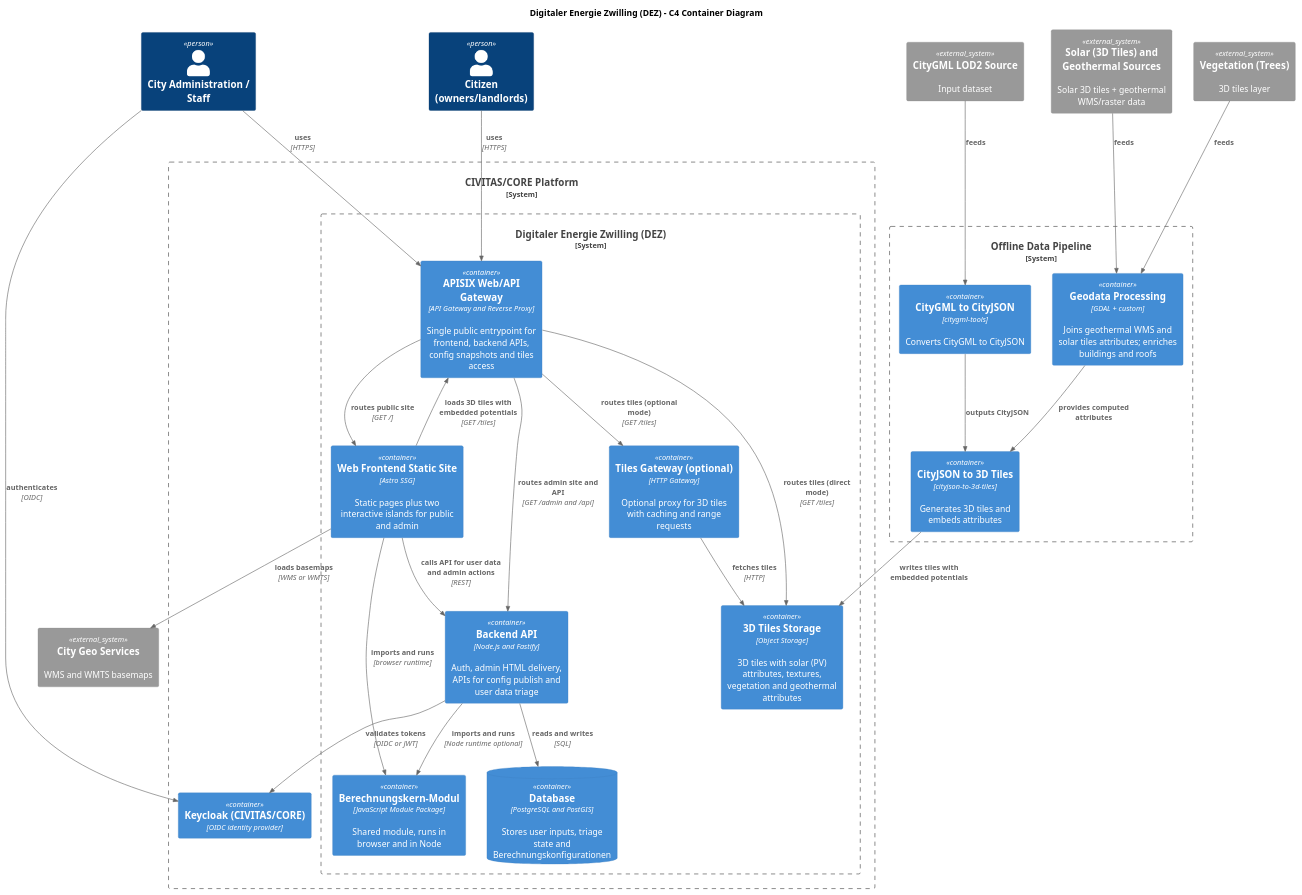
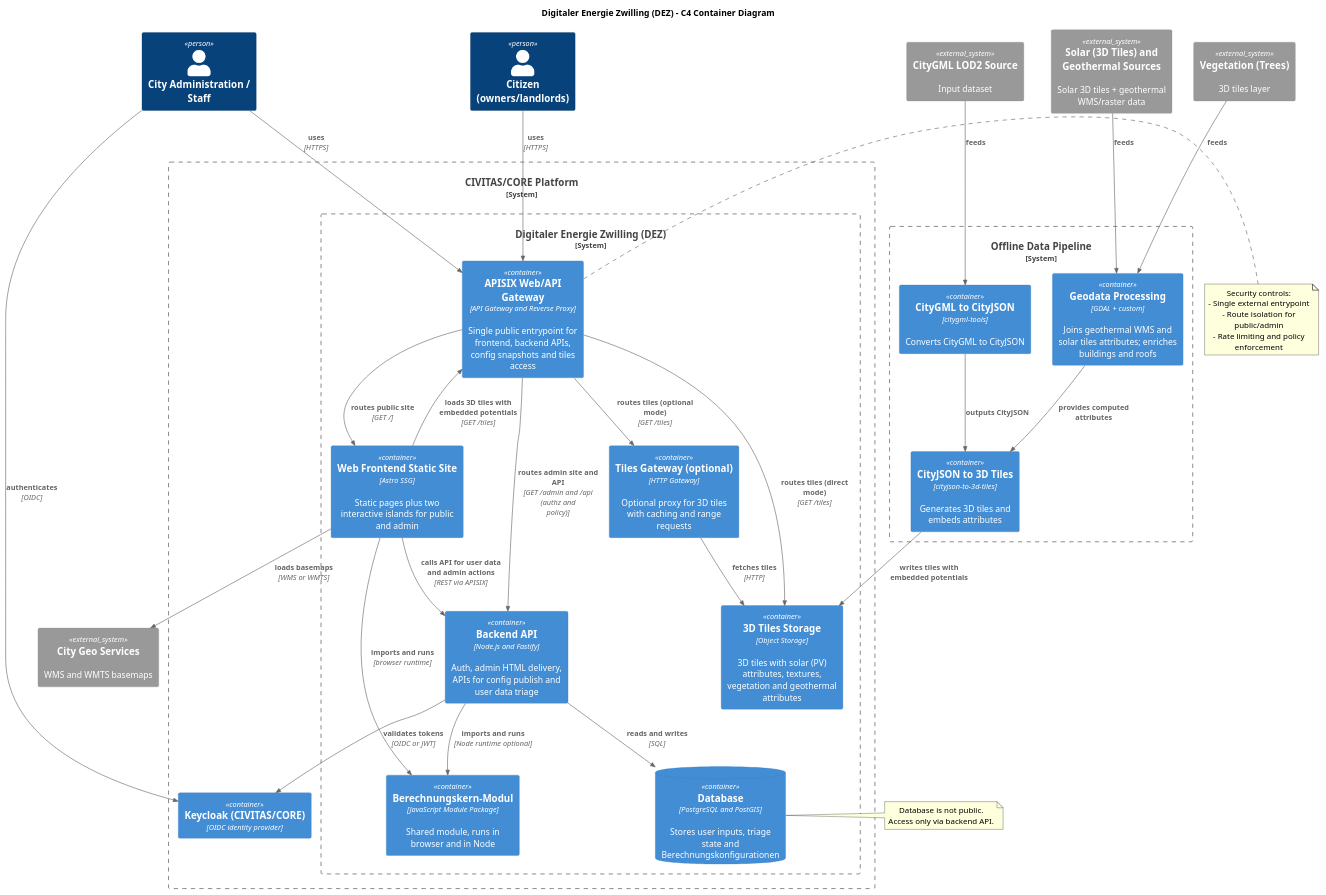
The diagram in docs/architecture/raw/c4-container.puml (csi-FOXBYTE/Regensburg_DigitalerEnergieZwilling_Backend), drawn with PlantUML before and after one commit. The commit also changed 21 other files, not shown here.

Commit message:
add security by design to architecture docs

```diff
--- a/docs/architecture/raw/c4-container.puml
+++ b/docs/architecture/raw/c4-container.puml
@@ -1,68 +1,80 @@
 @startuml
 !includeurl https://raw.githubusercontent.com/plantuml-stdlib/C4-PlantUML/master/C4_Container.puml
 
 title Digitaler Energie Zwilling (DEZ) - C4 Container Diagram
 
 Person(citizen, "Citizen (owners/landlords)")
 Person(admin, "City Administration / Staff")
 
 System_Boundary(civitas, "CIVITAS/CORE Platform") {
   System_Boundary(det, "Digitaler Energie Zwilling (DEZ)") {
 
     Container(gateway, "APISIX Web/API Gateway", "API Gateway and Reverse Proxy", "Single public entrypoint for frontend, backend APIs, config snapshots and tiles access")
 
     Container(frontend, "Web Frontend Static Site", "Astro SSG", "Static pages plus two interactive islands for public and admin")
 
     Container(backend, "Backend API", "Node.js and Fastify", "Auth, admin HTML delivery, APIs for config publish and user data triage")
 
     Container(calcCore, "Berechnungskern-Modul", "JavaScript Module Package", "Shared module, runs in browser and in Node")
 
     Container(tilesGw, "Tiles Gateway (optional)", "HTTP Gateway", "Optional proxy for 3D tiles with caching and range requests")
     Container(tilesStore, "3D Tiles Storage", "Object Storage", "3D tiles with solar (PV) attributes, textures, vegetation and geothermal attributes")
 
     ContainerDb(db, "Database", "PostgreSQL and PostGIS", "Stores user inputs, triage state and Berechnungskonfigurationen")
   }
 
   Container(idp, "Keycloak (CIVITAS/CORE)", "OIDC identity provider")
 }
 System_Ext(geo, "City Geo Services", "WMS and WMTS basemaps")
 
 System_Ext(citygml, "CityGML LOD2 Source", "Input dataset")
 System_Ext(potentials, "Solar (3D Tiles) and Geothermal Sources", "Solar 3D tiles + geothermal WMS/raster data")
 System_Ext(vegetation, "Vegetation (Trees)", "3D tiles layer")
 
 System_Boundary(pipeline, "Offline Data Pipeline") {
   Container(citygmlTools, "CityGML to CityJSON", "citygml-tools", "Converts CityGML to CityJSON")
   Container(gdal, "Geodata Processing", "GDAL + custom", "Joins geothermal WMS and solar tiles attributes; enriches buildings and roofs")
   Container(tilesConv, "CityJSON to 3D Tiles", "cityjson-to-3d-tiles", "Generates 3D tiles and embeds attributes")
 }
 
 Rel(citizen, gateway, "uses", "HTTPS")
 Rel(admin, gateway, "uses", "HTTPS")
 
 Rel(gateway, frontend, "routes public site", "GET /")
-Rel(gateway, backend, "routes admin site and API", "GET /admin and /api")
+Rel(gateway, backend, "routes admin site and API", "GET /admin and /api (authz and policy)")
 Rel(gateway, tilesGw, "routes tiles (optional mode)", "GET /tiles")
 Rel(gateway, tilesStore, "routes tiles (direct mode)", "GET /tiles")
 
 Rel(admin, idp, "authenticates", "OIDC")
 Rel(backend, idp, "validates tokens", "OIDC or JWT")
 
 Rel(frontend, calcCore, "imports and runs", "browser runtime")
 Rel(backend, calcCore, "imports and runs", "Node runtime optional")
 
 Rel(frontend, geo, "loads basemaps", "WMS or WMTS")
 Rel(frontend, gateway, "loads 3D tiles with embedded potentials", "GET /tiles")
 Rel(tilesGw, tilesStore, "fetches tiles", "HTTP")
 
 Rel(backend, db, "reads and writes", "SQL")
-Rel(frontend, backend, "calls API for user data and admin actions", "REST")
+Rel(frontend, backend, "calls API for user data and admin actions", "REST via APISIX")
 
 Rel(citygml, citygmlTools, "feeds")
 Rel(potentials, gdal, "feeds")
 Rel(vegetation, gdal, "feeds")
 Rel(citygmlTools, tilesConv, "outputs CityJSON")
 Rel(gdal, tilesConv, "provides computed attributes")
 Rel(tilesConv, tilesStore, "writes tiles with embedded potentials")
 
+note right of gateway
+Security controls:
+- Single external entrypoint
+- Route isolation for public/admin
+- Rate limiting and policy enforcement
+end note
+
+note right of db
+Database is not public.
+Access only via backend API.
+end note
+
 @enduml
```
